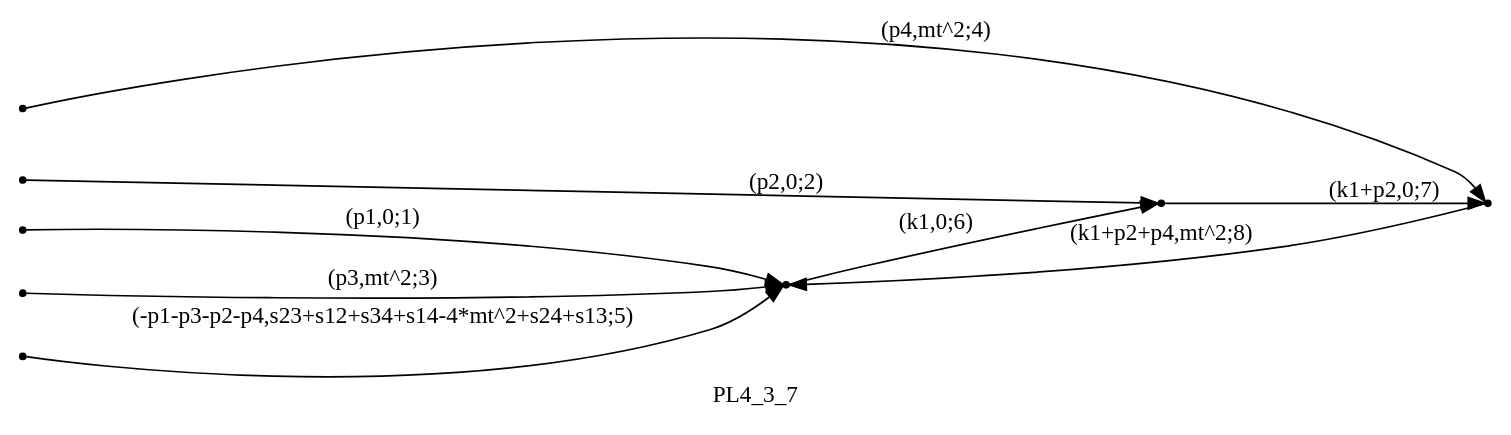
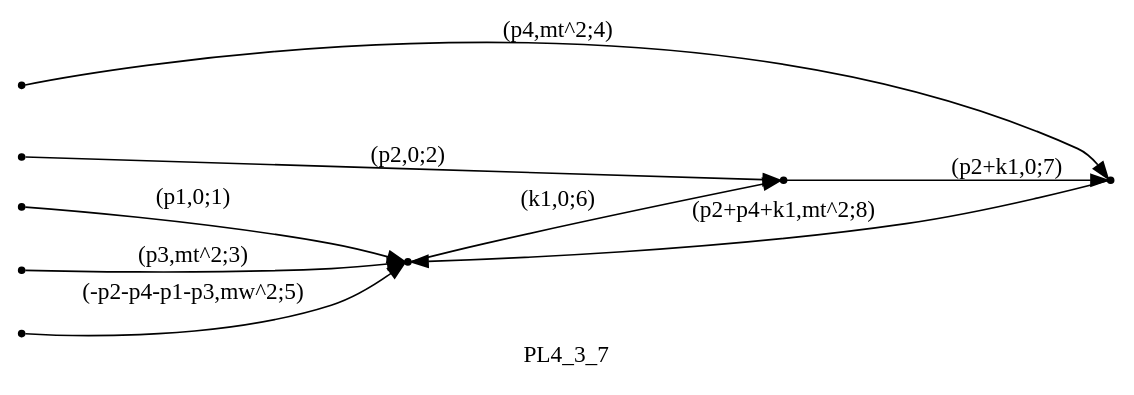
One commit to UsHnBaGp/Wtt changed the diagram in 1loopAmplitude/Reduze/graphs/PL4/all/PL4_3_07.dot. Above: the diagram before and after it, drawn with Graphviz. The commit also changed 163 other files, not shown here.

```diff
--- a/1loopAmplitude/Reduze/graphs/PL4/all/PL4_3_07.dot
+++ b/1loopAmplitude/Reduze/graphs/PL4/all/PL4_3_07.dot
@@ -1,23 +1,23 @@
 digraph PL4_3_7 {
   label="PL4_3_7";
   rankdir="LR";
   subgraph edges {
     -1 -> 3 [label="(p1,0;1)"];
     -2 -> 1 [label="(p2,0;2)"];
     -3 -> 3 [label="(p3,mt^2;3)"];
     -4 -> 2 [label="(p4,mt^2;4)"];
-    -5 -> 3 [label="(-p1-p3-p2-p4,s23+s12+s34+s14-4*mt^2+s24+s13;5)"];
+    -5 -> 3 [label="(-p2-p4-p1-p3,mw^2;5)"];
     3 -> 1 [label="(k1,0;6)"];
-    1 -> 2 [label="(k1+p2,0;7)"];
-    2 -> 3 [label="(k1+p2+p4,mt^2;8)"];
+    1 -> 2 [label="(p2+k1,0;7)"];
+    2 -> 3 [label="(p2+p4+k1,mt^2;8)"];
   }
   subgraph incoming { rank="source"; -1; -2; -3; -4; -5; }
 -5 [shape=point];
 -4 [shape=point];
 -3 [shape=point];
 -2 [shape=point];
 -1 [shape=point];
 1 [shape=point];
 2 [shape=point];
 3 [shape=point];
 }
```
